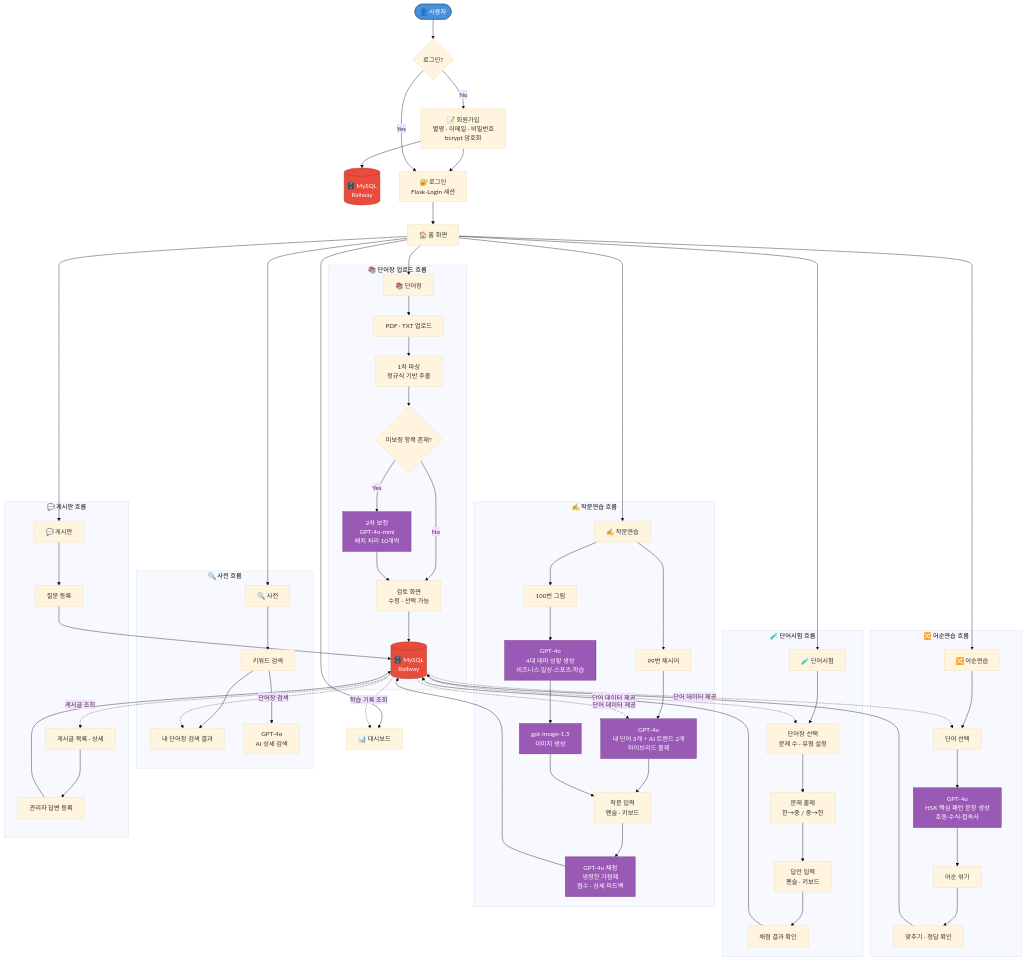
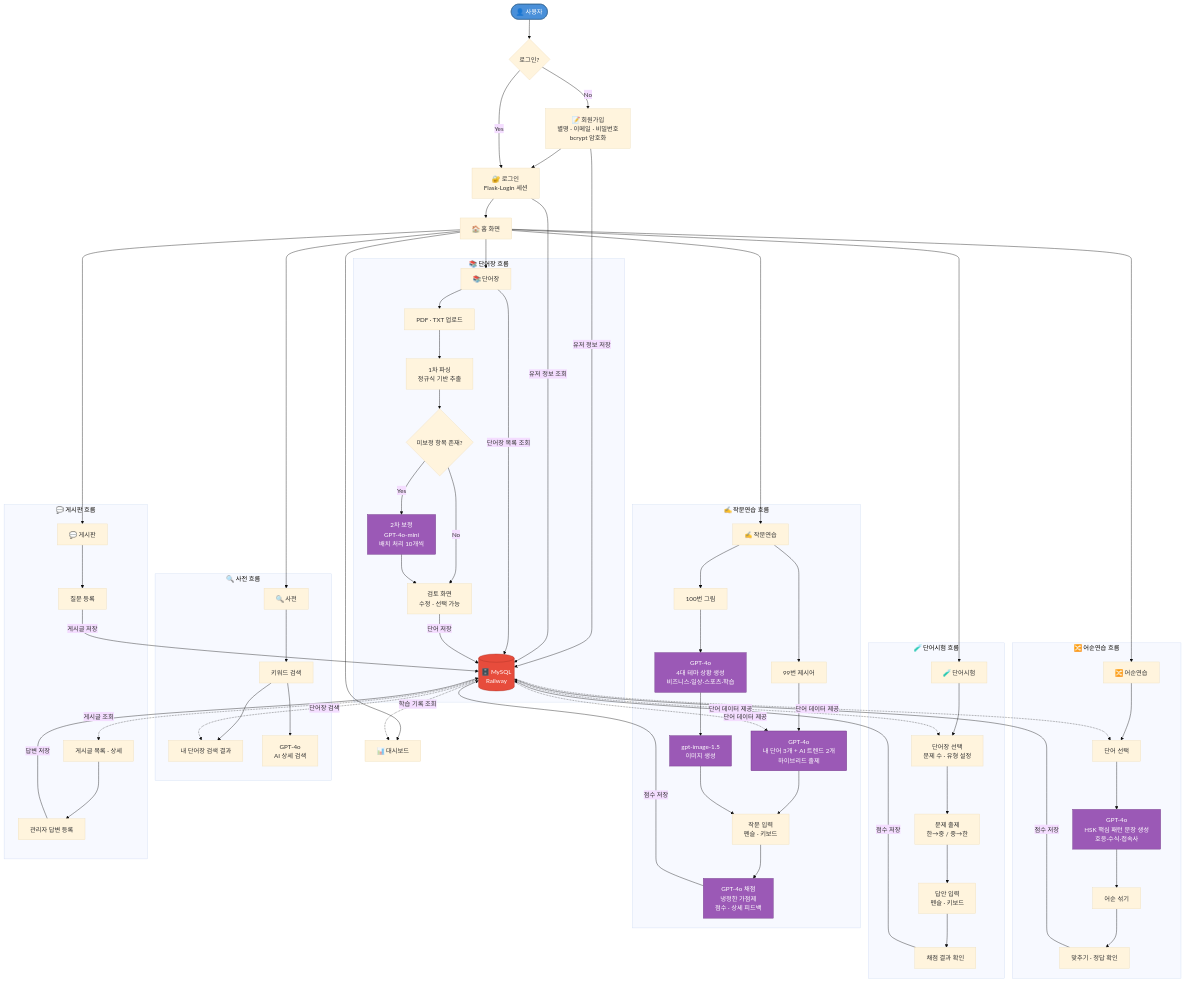
One commit to asteria412/vocahigh-V2 changed the diagram in 플로우차트.md. Above: the diagram before and after it, drawn with Mermaid (base theme).

Commit message:
docs: 플로우차트 양방향 DB 흐름 정리
- DBUser 노드 제거, DB 단일화
- 로그인 시 DB 유저 정보 조회 흐름 추가
- 단어장 목록 조회 흐름 추가
- DB 화살표에 레이블 명시

````diff
--- a/플로우차트.md
+++ b/플로우차트.md
@@ -3,9 +3,10 @@
     User([👤 사용자]) --> Auth{로그인?}
 
     Auth -->|No| Register["📝 회원가입<br/>별명 · 이메일 · 비밀번호<br/>bcrypt 암호화"]
-    Register --> DBUser[("🗄️ MySQL<br/>Railway")]
+    Register -->|유저 정보 저장| DB[("🗄️ MySQL<br/>Railway")]
     Register --> Login
     Auth -->|Yes| Login["🔐 로그인<br/>Flask-Login 세션"]
+    Login -->|유저 정보 조회| DB
     Login --> Home["🏠 홈 화면"]
 
     Home --> A["📚 단어장"]
@@ -16,14 +17,15 @@
     Home --> F["📊 대시보드"]
     Home --> G["💬 게시판"]
 
-    subgraph VOCAB ["📚 단어장 업로드 흐름"]
+    subgraph VOCAB ["📚 단어장 흐름"]
+        A -->|단어장 목록 조회| DB
         A --> A1["PDF · TXT 업로드"]
         A1 --> A2["1차 파싱<br/>정규식 기반 추출"]
         A2 --> A3{미보정 항목 존재?}
         A3 -->|Yes| A4["2차 보정<br/>GPT-4o-mini<br/>배치 처리 10개씩"]
         A3 -->|No| A5
         A4 --> A5["검토 화면<br/>수정 · 선택 가능"]
-        A5 --> DB[("🗄️ MySQL<br/>Railway")]
+        A5 -->|단어 저장| DB
     end
 
     subgraph QUIZ ["🧪 단어시험 흐름"]
@@ -31,7 +33,7 @@
         B1 --> B2["문제 출제<br/>한→중 / 중→한"]
         B2 --> B3["답안 입력<br/>펜슬 · 키보드"]
         B3 --> B4["채점 결과 확인"]
-        B4 --> DB
+        B4 -->|점수 저장| DB
     end
 
     subgraph WORD ["🔀 어순연습 흐름"]
@@ -39,7 +41,7 @@
         C1 --> C2["GPT-4o<br/>HSK 핵심 패턴 문장 생성<br/>호응·수식·접속사"]
         C2 --> C3["어순 섞기"]
         C3 --> C4["맞추기 · 정답 확인"]
-        C4 --> DB
+        C4 -->|점수 저장| DB
     end
 
     subgraph WRITING ["✍️ 작문연습 흐름"]
@@ -51,7 +53,7 @@
         D3 --> D6["작문 입력<br/>펜슬 · 키보드"]
         D5 --> D6
         D6 --> D7["GPT-4o 채점<br/>냉정한 가점제<br/>점수 · 상세 피드백"]
-        D7 --> DB
+        D7 -->|점수 저장| DB
     end
 
     subgraph DICT ["🔍 사전 흐름"]
@@ -62,10 +64,10 @@
 
     subgraph BOARD ["💬 게시판 흐름"]
         G --> G1["질문 등록"]
-        G1 --> DB
+        G1 -->|게시글 저장| DB
         DB -.->|게시글 조회| G2["게시글 목록 · 상세"]
         G2 --> G3["관리자 답변 등록"]
-        G3 --> DB
+        G3 -->|답변 저장| DB
     end
 
     DB -.->|단어 데이터 제공| B1
@@ -79,6 +81,6 @@
     classDef userNode fill:#4A90D9,stroke:#2C5F8A,color:#fff
 
     class A4,C2,D3,D4,D5,D7 aiNode
-    class DB,DBUser dbNode
+    class DB dbNode
     class User userNode
 ```
````
